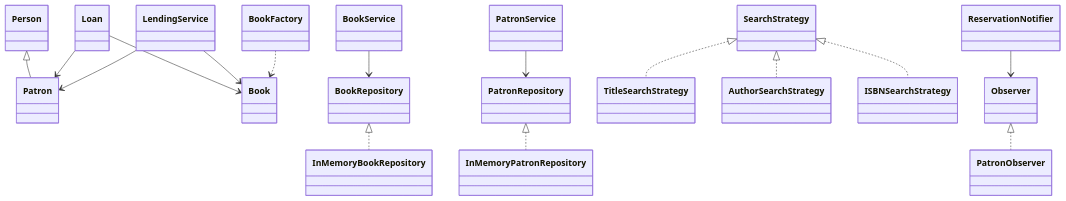
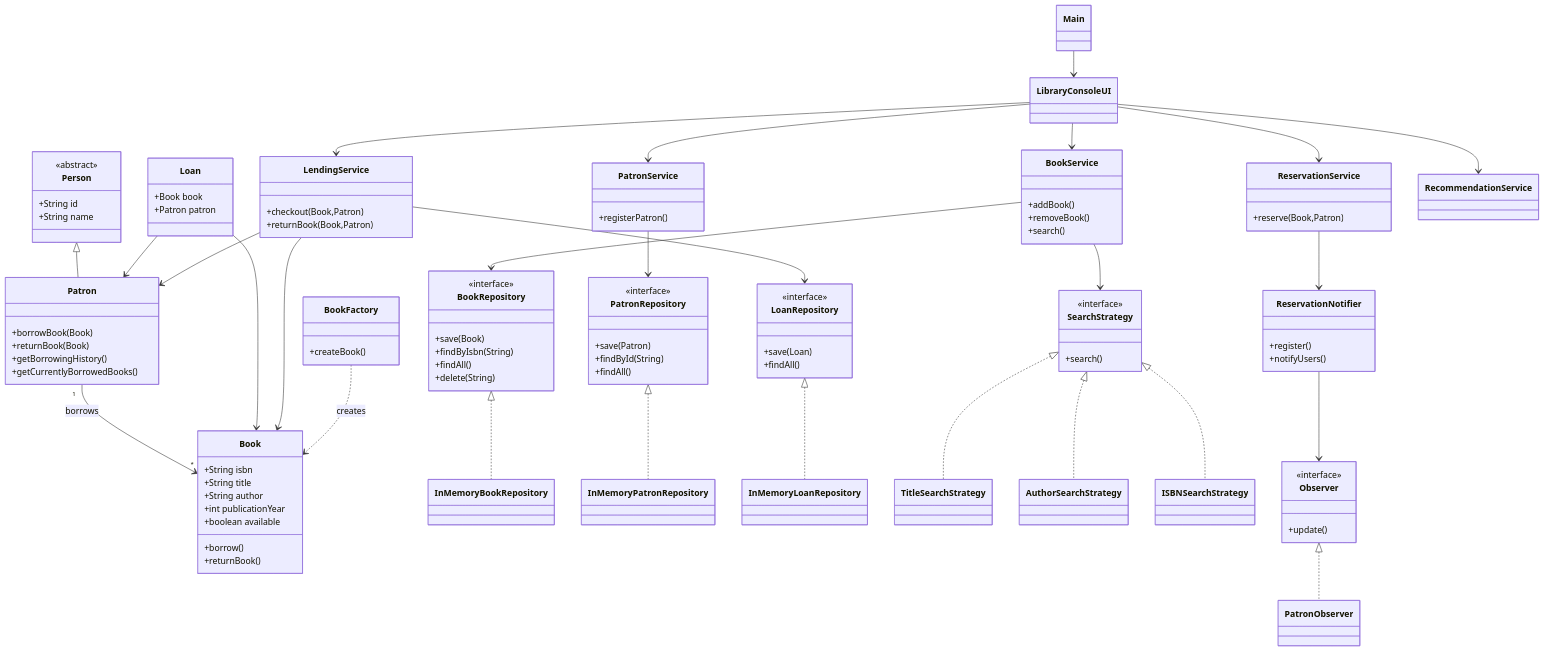
Before and after one commit to AmritNalam/LibraryManagementSystem: the diagram in README.md, drawn with Mermaid. The commit also changed other lines of this file, not shown here.

````diff
--- a/README.md
+++ b/README.md
@@ -307,35 +307,118 @@
 ```mermaid
 classDiagram
 
-class Person
-class Patron
-class Book
-class Loan
+%% ======================
+%% DOMAIN MODELS
+%% ======================
+
+class Person {
+    <<abstract>>
+    +String id
+    +String name
+}
+
+class Patron {
+    +borrowBook(Book)
+    +returnBook(Book)
+    +getBorrowingHistory()
+    +getCurrentlyBorrowedBooks()
+}
+
+class Book {
+    +String isbn
+    +String title
+    +String author
+    +int publicationYear
+    +boolean available
+    +borrow()
+    +returnBook()
+}
+
+class Loan {
+    +Book book
+    +Patron patron
+}
 
 Person <|-- Patron
 
+Patron "1" --> "*" Book : borrows
 Loan --> Book
 Loan --> Patron
 
-class BookRepository
-class PatronRepository
+%% ======================
+%% REPOSITORIES
+%% ======================
+
+class BookRepository {
+    <<interface>>
+    +save(Book)
+    +findByIsbn(String)
+    +findAll()
+    +delete(String)
+}
+
+class PatronRepository {
+    <<interface>>
+    +save(Patron)
+    +findById(String)
+    +findAll()
+}
+
+class LoanRepository {
+    <<interface>>
+    +save(Loan)
+    +findAll()
+}
+
+class InMemoryBookRepository
+class InMemoryPatronRepository
+class InMemoryLoanRepository
 
 BookRepository <|.. InMemoryBookRepository
 PatronRepository <|.. InMemoryPatronRepository
+LoanRepository <|.. InMemoryLoanRepository
 
-class InMemoryBookRepository
-class InMemoryPatronRepository
+%% ======================
+%% SERVICES
+%% ======================
 
-class BookService
-class PatronService
-class LendingService
+class BookService {
+    +addBook()
+    +removeBook()
+    +search()
+}
+
+class PatronService {
+    +registerPatron()
+}
+
+class LendingService {
+    +checkout(Book,Patron)
+    +returnBook(Book,Patron)
+}
+
+class ReservationService {
+    +reserve(Book,Patron)
+}
+
+class RecommendationService
 
 BookService --> BookRepository
 PatronService --> PatronRepository
+LendingService --> LoanRepository
 LendingService --> Book
 LendingService --> Patron
+ReservationService --> ReservationNotifier
 
-class SearchStrategy
+%% ======================
+%% STRATEGY PATTERN
+%% ======================
+
+class SearchStrategy {
+    <<interface>>
+    +search()
+}
+
 class TitleSearchStrategy
 class AuthorSearchStrategy
 class ISBNSearchStrategy
@@ -344,14 +427,48 @@
 SearchStrategy <|.. AuthorSearchStrategy
 SearchStrategy <|.. ISBNSearchStrategy
 
-class Observer
+BookService --> SearchStrategy
+
+%% ======================
+%% OBSERVER PATTERN
+%% ======================
+
+class Observer {
+    <<interface>>
+    +update()
+}
+
 class PatronObserver
-class ReservationNotifier
+
+class ReservationNotifier {
+    +register()
+    +notifyUsers()
+}
 
 Observer <|.. PatronObserver
 ReservationNotifier --> Observer
 
-class BookFactory
+%% ======================
+%% FACTORY PATTERN
+%% ======================
 
-BookFactory ..> Book
+class BookFactory {
+    +createBook()
+}
+
+BookFactory ..> Book : creates
+
+%% ======================
+%% APPLICATION
+%% ======================
+
+class Main
+class LibraryConsoleUI
+
+Main --> LibraryConsoleUI
+LibraryConsoleUI --> BookService
+LibraryConsoleUI --> PatronService
+LibraryConsoleUI --> LendingService
+LibraryConsoleUI --> ReservationService
+LibraryConsoleUI --> RecommendationService
 ```
````
